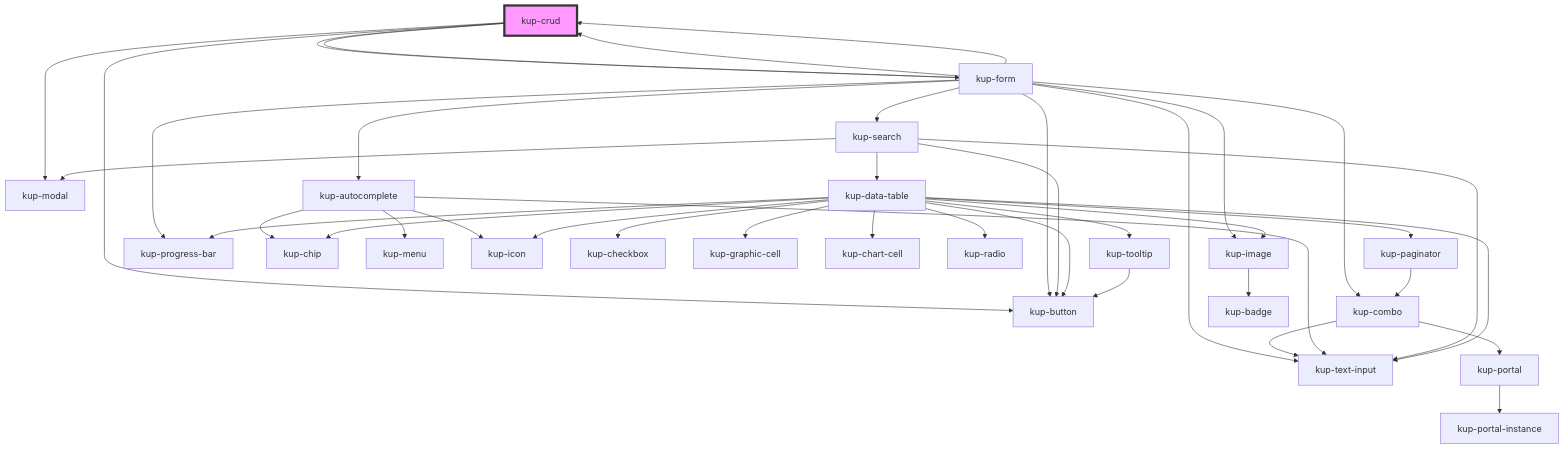
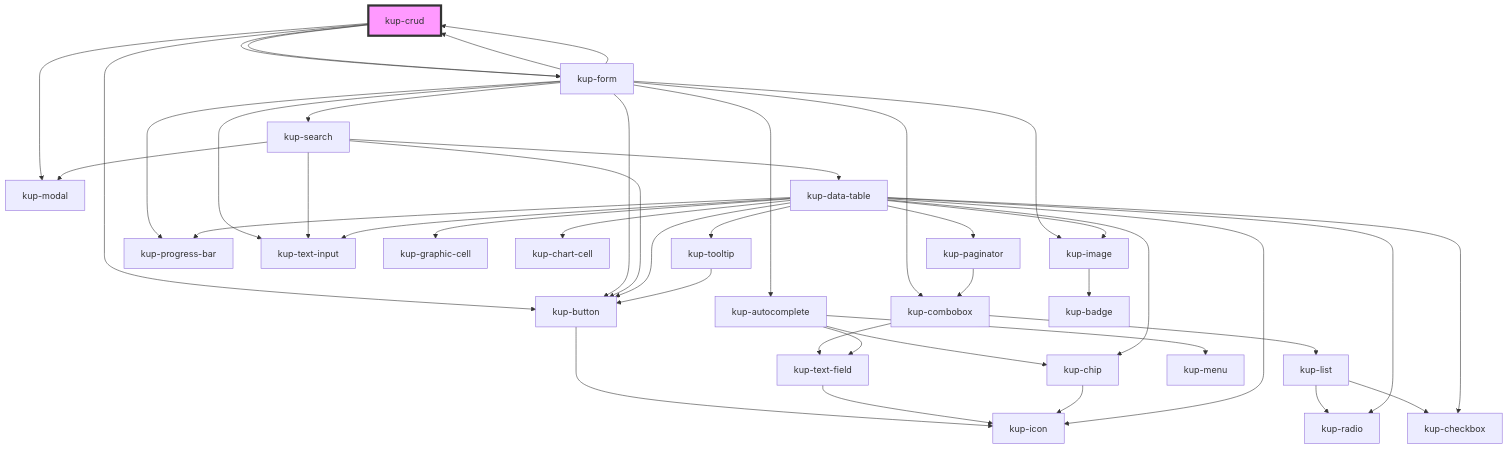
The diagram in packages/ketchup/src/components/kup-crud/readme.md (smeup/ketchup), drawn with Mermaid before and after one commit. The commit also changed 60 other files, not shown here.

Commit message:
wup icon > kup icon. Fixes to showcase. Regen of readme files.

````diff
--- a/packages/ketchup/src/components/kup-crud/readme.md
+++ b/packages/ketchup/src/components/kup-crud/readme.md
@@ -81,43 +81,46 @@
 ```mermaid
 graph TD;
   kup-crud --> kup-button
   kup-crud --> kup-modal
   kup-crud --> kup-form
   kup-crud --> kup-form
-  kup-form --> kup-combo
+  kup-button --> kup-icon
+  kup-form --> kup-combobox
   kup-form --> kup-crud
   kup-form --> kup-autocomplete
   kup-form --> kup-search
   kup-form --> kup-image
   kup-form --> kup-progress-bar
   kup-form --> kup-text-input
   kup-form --> kup-button
   kup-form --> kup-crud
-  kup-combo --> kup-text-input
-  kup-combo --> kup-portal
-  kup-portal --> kup-portal-instance
+  kup-combobox --> kup-text-field
+  kup-combobox --> kup-list
+  kup-text-field --> kup-icon
+  kup-list --> kup-radio
+  kup-list --> kup-checkbox
   kup-autocomplete --> kup-chip
-  kup-autocomplete --> kup-text-input
+  kup-autocomplete --> kup-text-field
   kup-autocomplete --> kup-menu
-  kup-autocomplete --> kup-icon
+  kup-chip --> kup-icon
   kup-search --> kup-text-input
   kup-search --> kup-button
   kup-search --> kup-modal
   kup-search --> kup-data-table
+  kup-data-table --> kup-checkbox
   kup-data-table --> kup-text-input
   kup-data-table --> kup-icon
   kup-data-table --> kup-image
-  kup-data-table --> kup-checkbox
   kup-data-table --> kup-button
   kup-data-table --> kup-graphic-cell
   kup-data-table --> kup-chart-cell
   kup-data-table --> kup-progress-bar
   kup-data-table --> kup-radio
   kup-data-table --> kup-tooltip
   kup-data-table --> kup-paginator
   kup-data-table --> kup-chip
   kup-image --> kup-badge
   kup-tooltip --> kup-button
-  kup-paginator --> kup-combo
+  kup-paginator --> kup-combobox
   style kup-crud fill:#f9f,stroke:#333,stroke-width:4px
 ```
````
